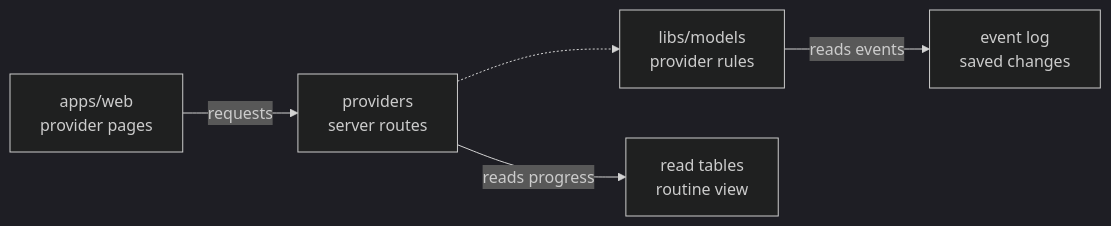
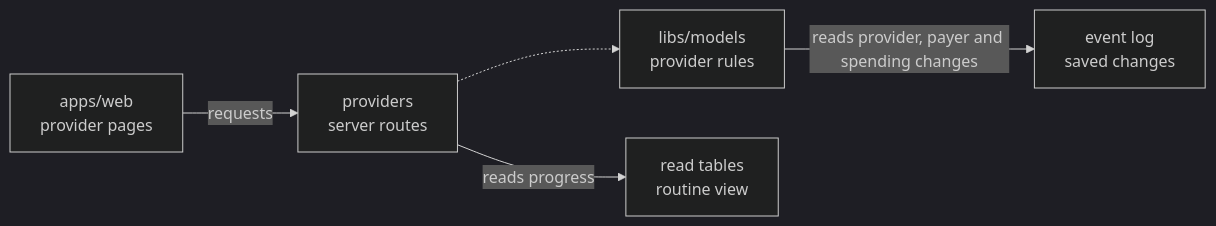
One commit to elewa-git/opencrane-new changed the diagram in apps/server/src/providers/README.md. Above: the diagram before and after it, drawn with Mermaid (dark theme). The commit also changed other lines of this file and 9 other files, not shown here.

````diff
--- a/apps/server/src/providers/README.md
+++ b/apps/server/src/providers/README.md
@@ -42,7 +43,7 @@
 ```mermaid
 flowchart LR
   web["apps/web<br/>provider pages"] -->|requests| routes["providers<br/>server routes"]
   routes -.-> models["libs/models<br/>provider rules"]
-  models -->|reads events| store["event log<br/>saved changes"]
+  models -->|reads provider, payer and spending changes| store["event log<br/>saved changes"]
   routes -->|reads progress| tables["read tables<br/>routine view"]
 ```
````
